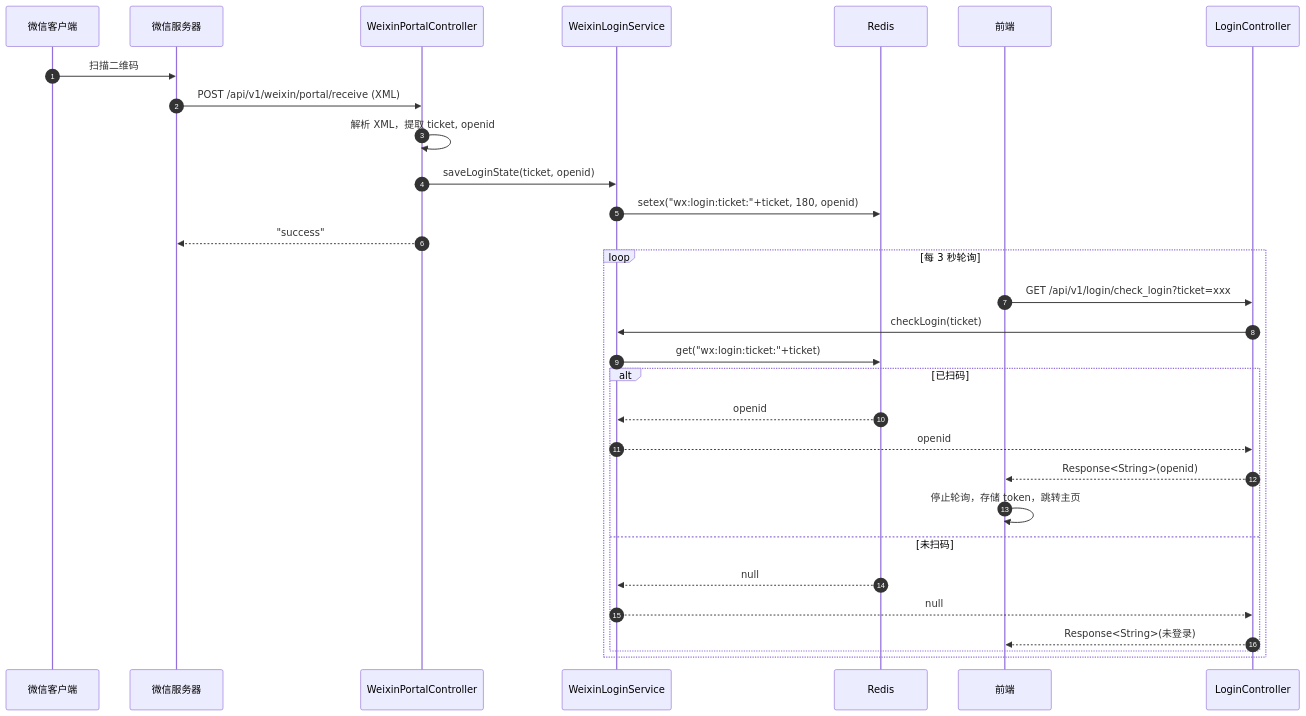
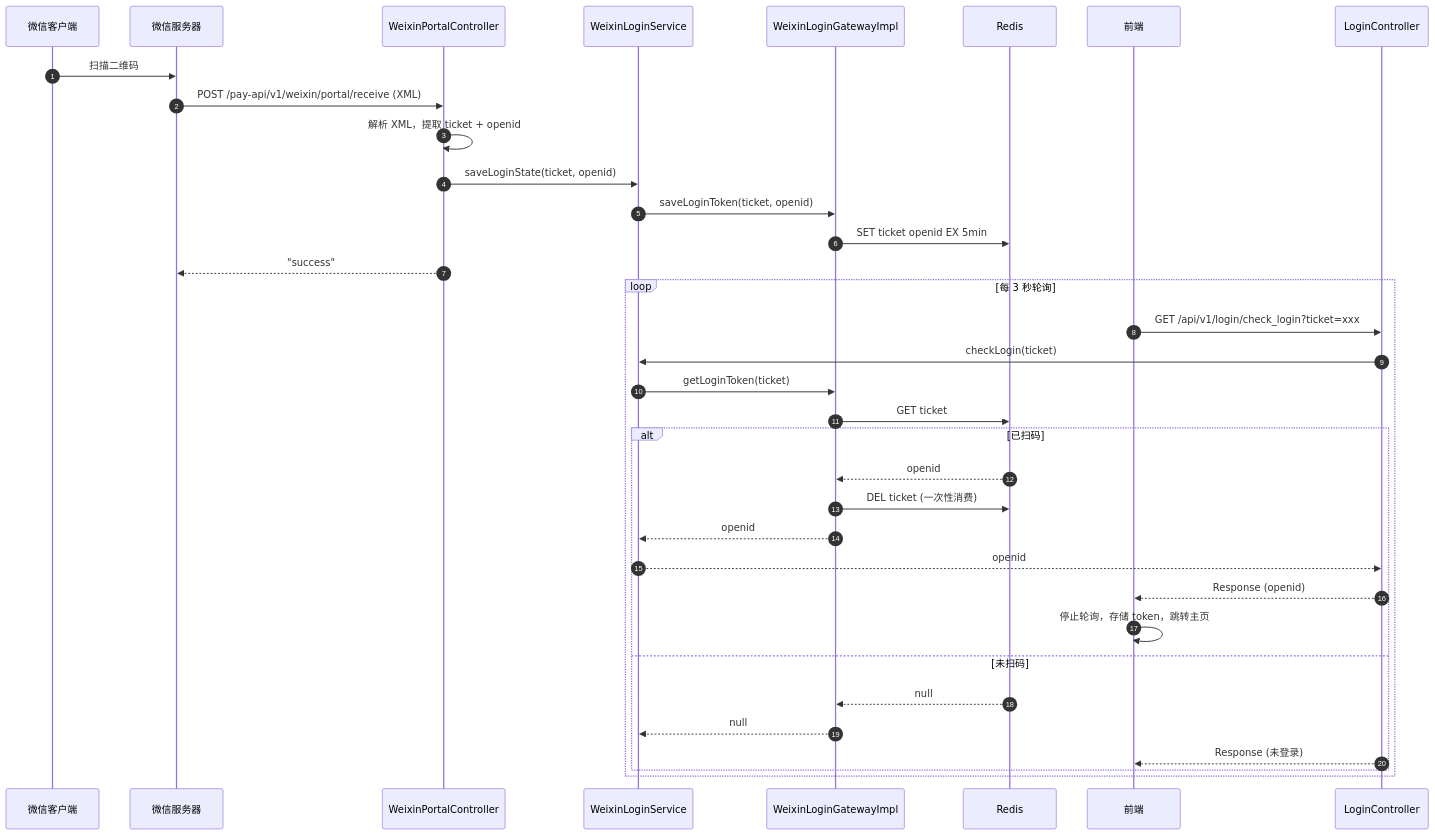
Before and after one commit to sxlva/s-pay-mall: the second of 3 diagrams in docs/design/module-auth.md, drawn with Mermaid. The commit also changed other lines of this file and 9 other files, not shown here.

````diff
--- a/docs/design/module-auth.md
+++ b/docs/design/module-auth.md
@@ -66,34 +71,39 @@
 ```mermaid
 sequenceDiagram
     autonumber
     participant WX as 微信客户端
     participant WXAPI as 微信服务器
     participant Portal as WeixinPortalController
-    participant Service as WeixinLoginService
+    participant S as WeixinLoginService
+    participant GW as WeixinLoginGatewayImpl
     participant Redis as Redis
     participant F as 前端
     participant C as LoginController
 
     WX->>WXAPI: 扫描二维码
-    WXAPI->>Portal: POST /api/v1/weixin/portal/receive (XML)
-    Portal->>Portal: 解析 XML，提取 ticket, openid
-    Portal->>Service: saveLoginState(ticket, openid)
-    Service->>Redis: setex("wx:login:ticket:"+ticket, 180, openid)
+    WXAPI->>Portal: POST /pay-api/v1/weixin/portal/receive (XML)
+    Portal->>Portal: 解析 XML，提取 ticket + openid
+    Portal->>S: saveLoginState(ticket, openid)
+    S->>GW: saveLoginToken(ticket, openid)
+    GW->>Redis: SET ticket openid EX 5min
     Portal-->>WXAPI: "success"
 
     loop 每 3 秒轮询
         F->>C: GET /api/v1/login/check_login?ticket=xxx
-        C->>Service: checkLogin(ticket)
-        Service->>Redis: get("wx:login:ticket:"+ticket)
+        C->>S: checkLogin(ticket)
+        S->>GW: getLoginToken(ticket)
+        GW->>Redis: GET ticket
         alt 已扫码
-            Redis-->>Service: openid
-            Service-->>C: openid
-            C-->>F: Response<String>(openid)
+            Redis-->>GW: openid
+            GW->>Redis: DEL ticket (一次性消费)
+            GW-->>S: openid
+            S-->>C: openid
+            C-->>F: Response (openid)
             F->>F: 停止轮询，存储 token，跳转主页
         else 未扫码
-            Redis-->>Service: null
-            Service-->>C: null
-            C-->>F: Response<String>(未登录)
+            Redis-->>GW: null
+            GW-->>S: null
+            C-->>F: Response (未登录)
         end
     end
 ```
````
